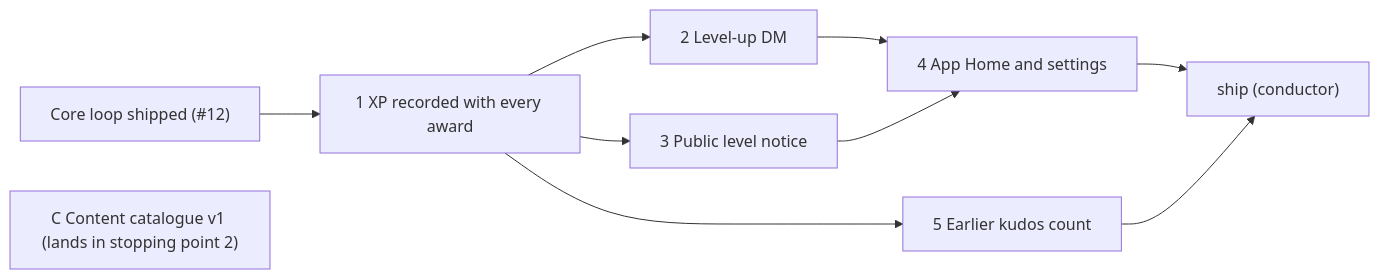
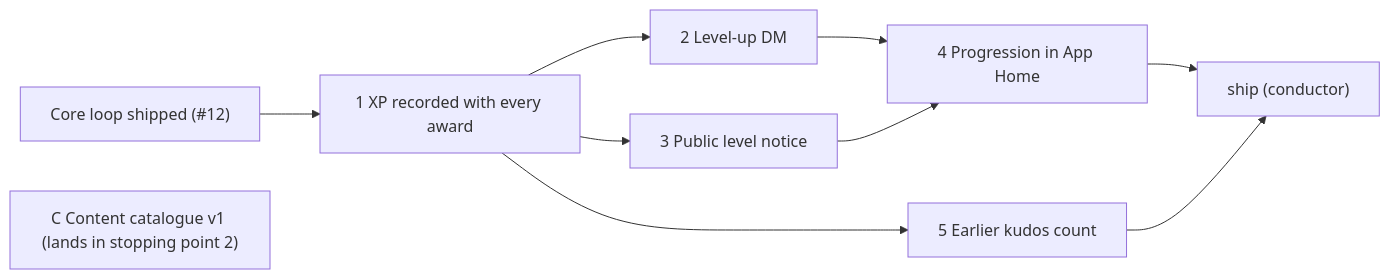
Before and after one commit to Silthus/kudos: the diagram in spec/progression-xp-levels-tickets.md, drawn with Mermaid. The commit also changed other lines of this file and 3 other files, not shown here.

````diff
--- a/spec/progression-xp-levels-tickets.md
+++ b/spec/progression-xp-levels-tickets.md
@@ -9,12 +9,12 @@
 ```mermaid
 flowchart LR
   CORE["Core loop shipped (#12)"] --> T1["1 XP recorded with every award"]
   T1 --> T2["2 Level-up DM"]
   T1 --> T3["3 Public level notice"]
   T1 --> T5["5 Earlier kudos count"]
-  T2 --> T4["4 App Home and settings"]
+  T2 --> T4["4 Progression in App Home"]
   T3 --> T4
   C["C Content catalogue v1 (lands in stopping point 2)"]
   T4 --> SHIP["ship (conductor)"]
   T5 --> SHIP
 ```
````
